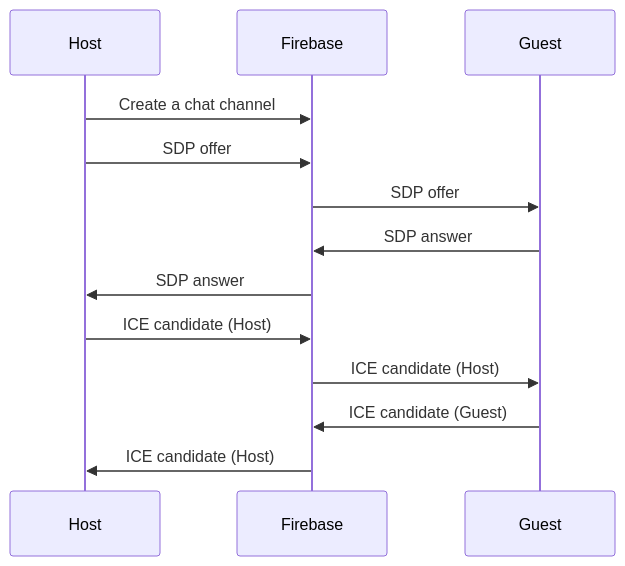
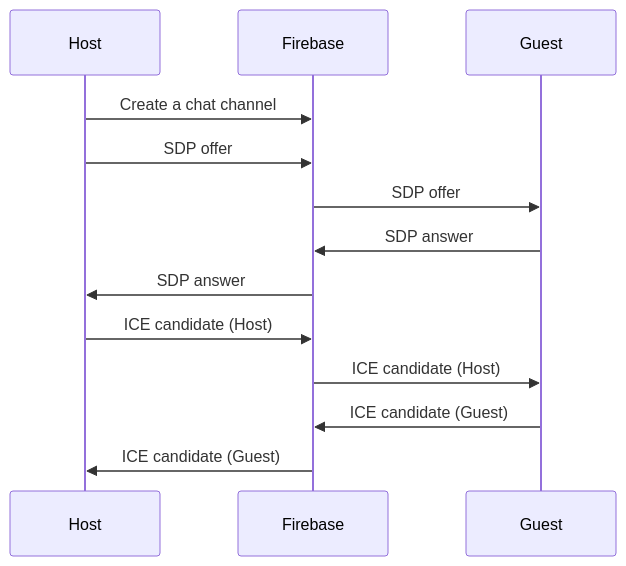
The second of 2 diagrams in README.md (grbaczek/iOS_WebRTC_VideoChat), drawn with Mermaid before and after one commit. The commit also changed other lines of this file, not shown here.

````diff
--- a/README.md
+++ b/README.md
@@ -134,14 +135,14 @@
 ```mermaid
 sequenceDiagram
     participant Host
     participant Firebase
     Host->>Firebase: Create a chat channel
     Host->>Firebase: SDP offer
     Firebase->>Guest: SDP offer
     Guest->>Firebase: SDP answer
     Firebase->>Host: SDP answer
     Host->>Firebase: ICE candidate (Host)
     Firebase->>Guest: ICE candidate (Host)
     Guest->>Firebase: ICE candidate (Guest)
-    Firebase->>Host: ICE candidate (Host)
+    Firebase->>Host: ICE candidate (Guest)
 ```
````
